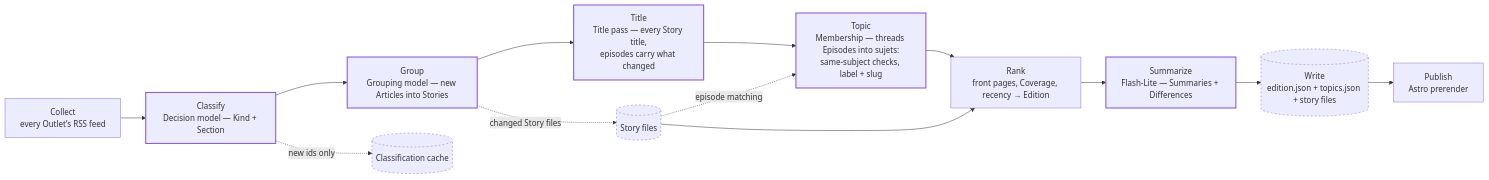
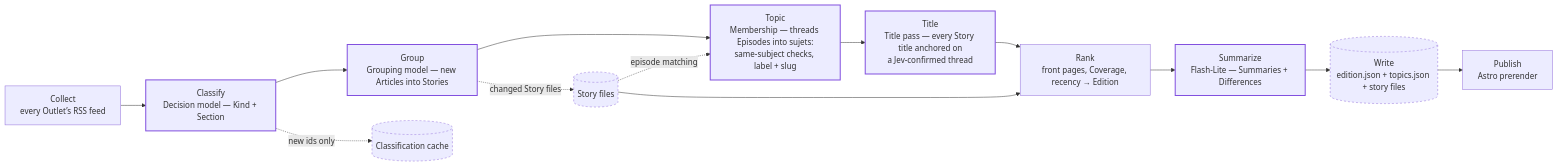
Before and after one commit to adesurirey/prisme: the diagram in README.md, drawn with Mermaid. The commit also changed 9 other files, not shown here.

````diff
--- a/README.md
+++ b/README.md
@@ -15,17 +15,17 @@
 ```mermaid
 flowchart LR
     classDef store stroke-dasharray:4;
     classDef model stroke:#8250df,stroke-width:2;
     A[Collect<br>every Outlet’s RSS feed] --> B[Classify<br>Decision model — Kind + Section]:::model
     B --> C[Group<br>Grouping model — new Articles into Stories]:::model
-    C --> T[Title<br>Title pass — every Story title,<br>episodes carry what changed]:::model
-    T --> T2[Topic<br>Membership — threads Episodes into sujets:<br>same-subject checks, label + slug]:::model
-    T2 --> D[Rank<br>front pages, Coverage, recency → Edition]
+    C --> T2[Topic<br>Membership — threads Episodes into sujets:<br>same-subject checks, label + slug]:::model
+    T2 --> T[Title<br>Title pass — every Story title anchored on<br>a Jev-confirmed thread]:::model
+    T --> D[Rank<br>front pages, Coverage, recency → Edition]
     D --> E[Summarize<br>Flash-Lite — Summaries + Differences]:::model
     E --> F[(Write<br>edition.json + topics.json + story files)]:::store
     F --> G[Publish<br>Astro prerender]
     B -. new ids only .-> H[(Classification cache)]:::store
     C -. changed Story files .-> I[(Story files)]:::store
     I -. episode matching .-> T2
     I --> D
 ```
````
